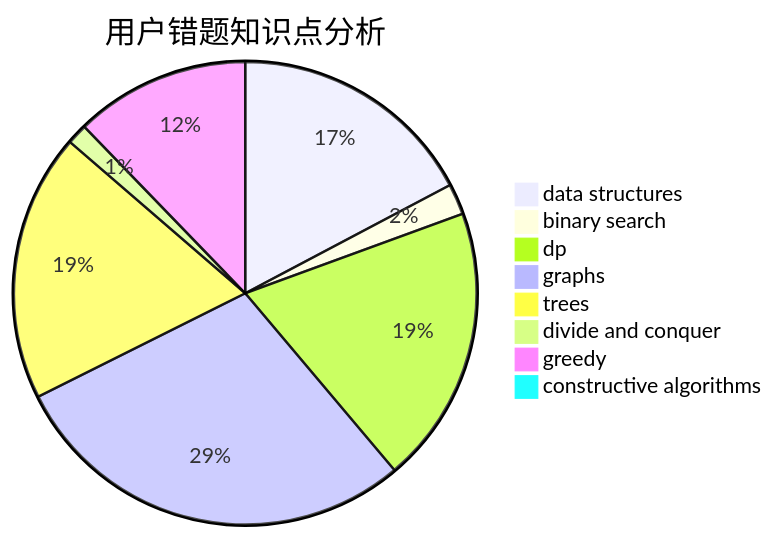
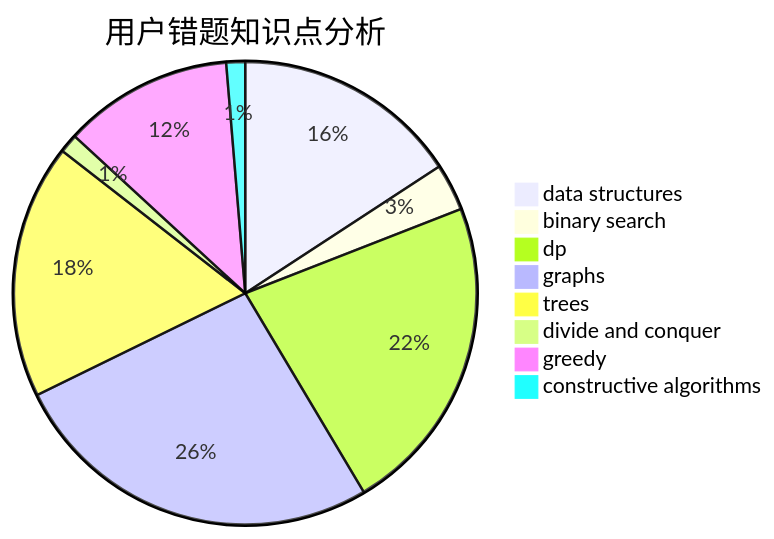
One commit to sherpahu/cfrs.github.io changed the third of 3 diagrams in docs/user/u2595.md. Above: the diagram before and after it, drawn with Mermaid. The commit also changed other lines of this file and 2770 other files, not shown here.

````diff
--- a/docs/user/u2595.md
+++ b/docs/user/u2595.md
@@ -36,11 +36,11 @@
 ```mermaid
 pie title 用户错题知识点分析
     "data structures" :  24
-    "binary search" :  3
-    "dp" :  27
+    "binary search" :  5
+    "dp" :  34
     "graphs" :  40
-    "trees" :  26
+    "trees" :  27
     "divide and conquer" :  2
-    "greedy" :  17
-    "constructive algorithms" :  1
+    "greedy" :  18
+    "constructive algorithms" :  2
 ```
````
